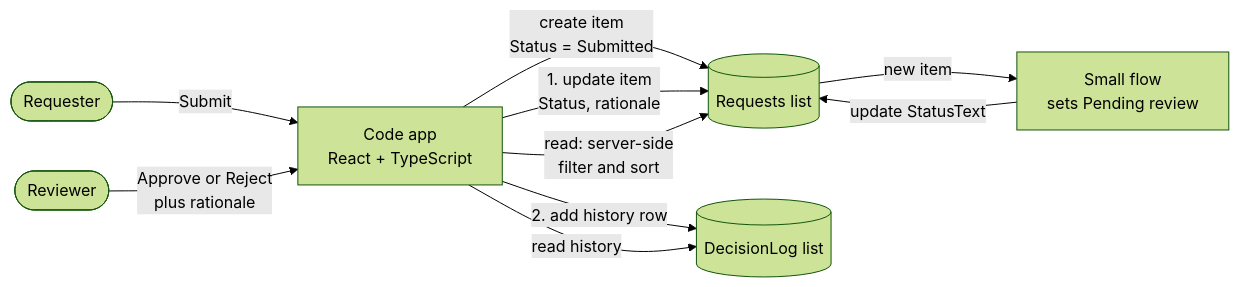
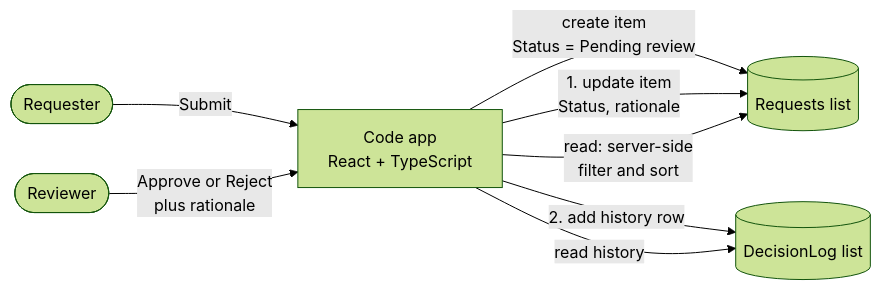
The diagram in README.md (thewyattbrocato/contoso-request-tracker), drawn with Mermaid (forest theme) before and after one commit. The commit also changed other lines of this file and 3 other files, not shown here.

First line of the commit message:
Save new requests as Pending review and drop the flow wording

````diff
--- a/README.md
+++ b/README.md
@@ -34,12 +34,10 @@
 ```mermaid
 flowchart LR
   Req([Requester]) -->|Submit| App["Code app<br/>React + TypeScript"]
-  App -->|create item<br/>Status = Submitted| Requests[("Requests list")]
-  Requests -->|new item| Flow["Small flow<br/>sets Pending review"]
-  Flow -->|update StatusText| Requests
+  App -->|create item<br/>Status = Pending review| Requests[("Requests list")]
   Rev([Reviewer]) -->|Approve or Reject<br/>plus rationale| App
   App -->|1. update item<br/>Status, rationale| Requests
   App -->|2. add history row| Log[("DecisionLog list")]
   App -->|read: server-side<br/>filter and sort| Requests
   App -->|read history| Log
 ```
````
